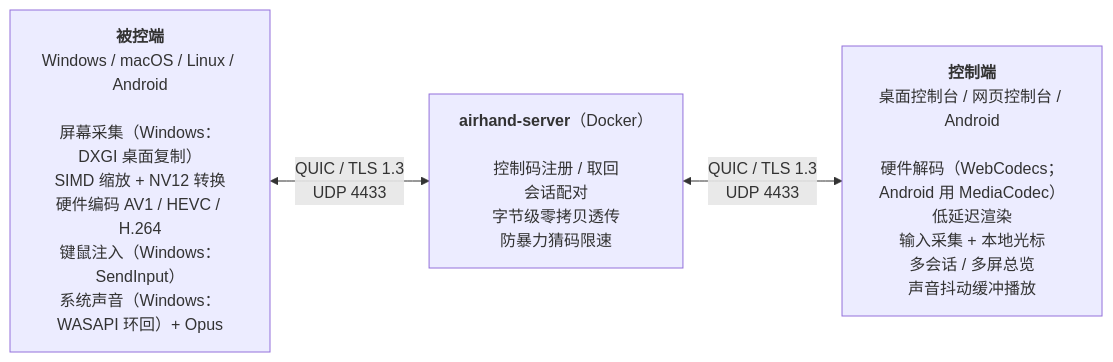
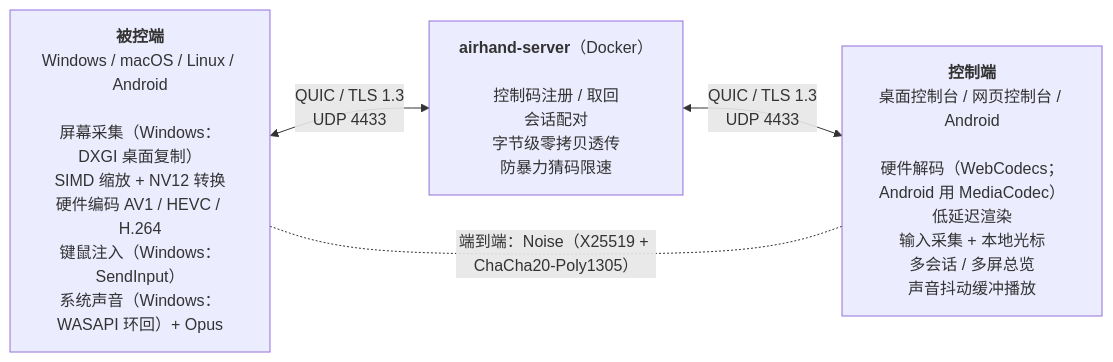
The diagram in docs/architecture.zh-CN.md (sqlpxc/airhand), drawn with Mermaid before and after one commit. The commit also changed other lines of this file and 90 other files, not shown here.

````diff
--- a/docs/architecture.zh-CN.md
+++ b/docs/architecture.zh-CN.md
@@ -7,8 +7,9 @@
 ```mermaid
 flowchart LR
     host["<b>被控端</b><br>Windows / macOS / Linux / Android<br><br>屏幕采集（Windows：DXGI 桌面复制）<br>SIMD 缩放 + NV12 转换<br>硬件编码 AV1 / HEVC / H.264<br>键鼠注入（Windows：SendInput）<br>系统声音（Windows：WASAPI 环回）+ Opus"]
     relay["<b>airhand-server</b>（Docker）<br><br>控制码注册 / 取回<br>会话配对<br>字节级零拷贝透传<br>防暴力猜码限速"]
     ctrl["<b>控制端</b><br>桌面控制台 / 网页控制台 / Android<br><br>硬件解码（WebCodecs；Android 用 MediaCodec）<br>低延迟渲染<br>输入采集 + 本地光标<br>多会话 / 多屏总览<br>声音抖动缓冲播放"]
     host <-->|"QUIC / TLS 1.3<br>UDP 4433"| relay
     relay <-->|"QUIC / TLS 1.3<br>UDP 4433"| ctrl
+    host -. "端到端：Noise（X25519 + ChaCha20-Poly1305）" .- ctrl
 ```
````
